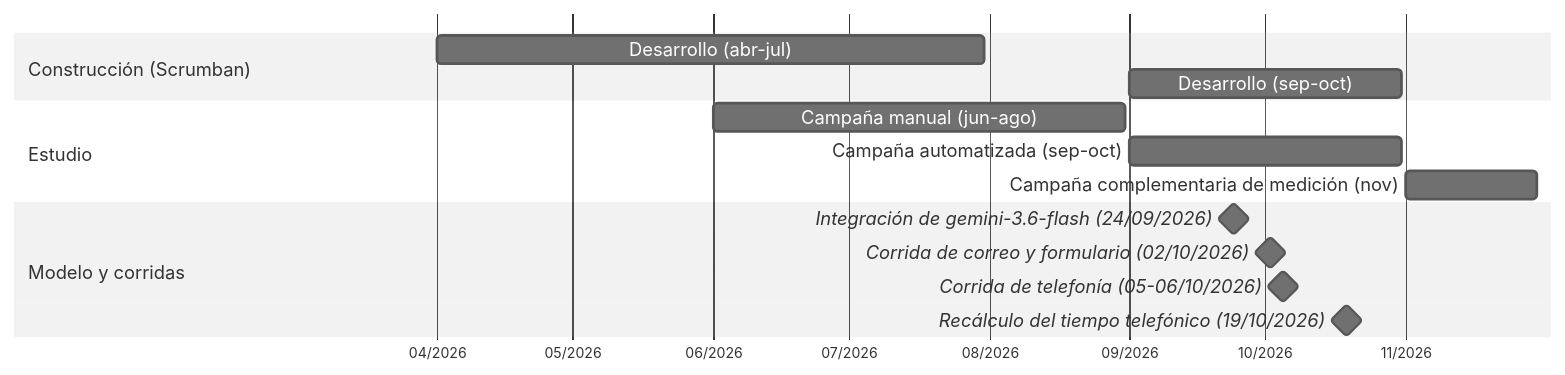
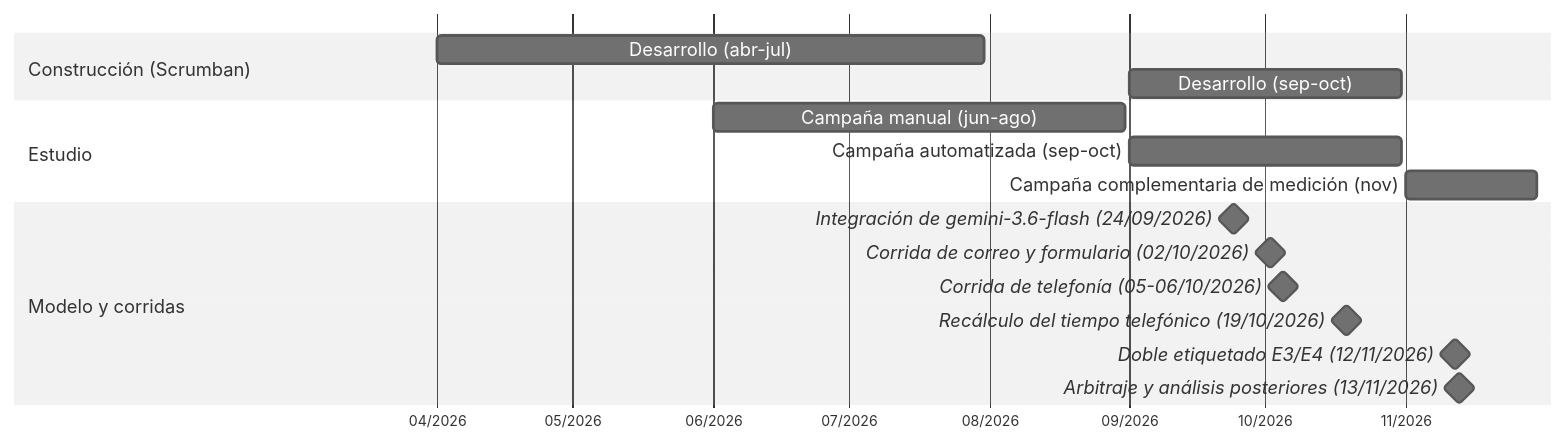
Before and after one commit to lucaGomezB/Automatizacion-de-Mesa-de-Ayuda-N8N: the diagram in docs/diagrams/cronograma.md, drawn with Mermaid (neutral theme). The commit also changed other lines of this file and 11 other files, not shown here.

````diff
--- a/docs/diagrams/cronograma.md
+++ b/docs/diagrams/cronograma.md
@@ -28,20 +28,22 @@
 ```mermaid
 %%{init: {"gantt": {"leftPadding": 300, "rightPadding": 20, "fontSize": 13, "sectionFontSize": 13}}}%%
 gantt
     dateFormat YYYY-MM-DD
     axisFormat %m/%Y
     tickInterval 1month
     todayMarker off
     section Construcción (Scrumban)
     Desarrollo (abr-jul)             :cons1, 2026-04-01, 2026-07-31
     Desarrollo (sep-oct)             :cons2, 2026-09-01, 2026-10-31
     section Estudio
     Campaña manual (jun-ago)         :cm, 2026-06-01, 2026-08-31
     Campaña automatizada (sep-oct)   :ca, 2026-09-01, 2026-10-31
     Campaña complementaria de medición (nov) :cmed, 2026-11-01, 2026-11-30
     section Modelo y corridas
     Integración de gemini-3.6-flash (24/09/2026)  :milestone, m1, 2026-09-24, 0d
     Corrida de correo y formulario (02/10/2026)   :milestone, m2, 2026-10-02, 0d
     Corrida de telefonía (05-06/10/2026)          :milestone, m3, 2026-10-05, 0d
     Recálculo del tiempo telefónico (19/10/2026)  :milestone, m4, 2026-10-19, 0d
+    Doble etiquetado E3/E4 (12/11/2026)           :milestone, m5, 2026-11-12, 0d
+    Arbitraje y análisis posteriores (13/11/2026) :milestone, m6, 2026-11-13, 0d
 ```
````
